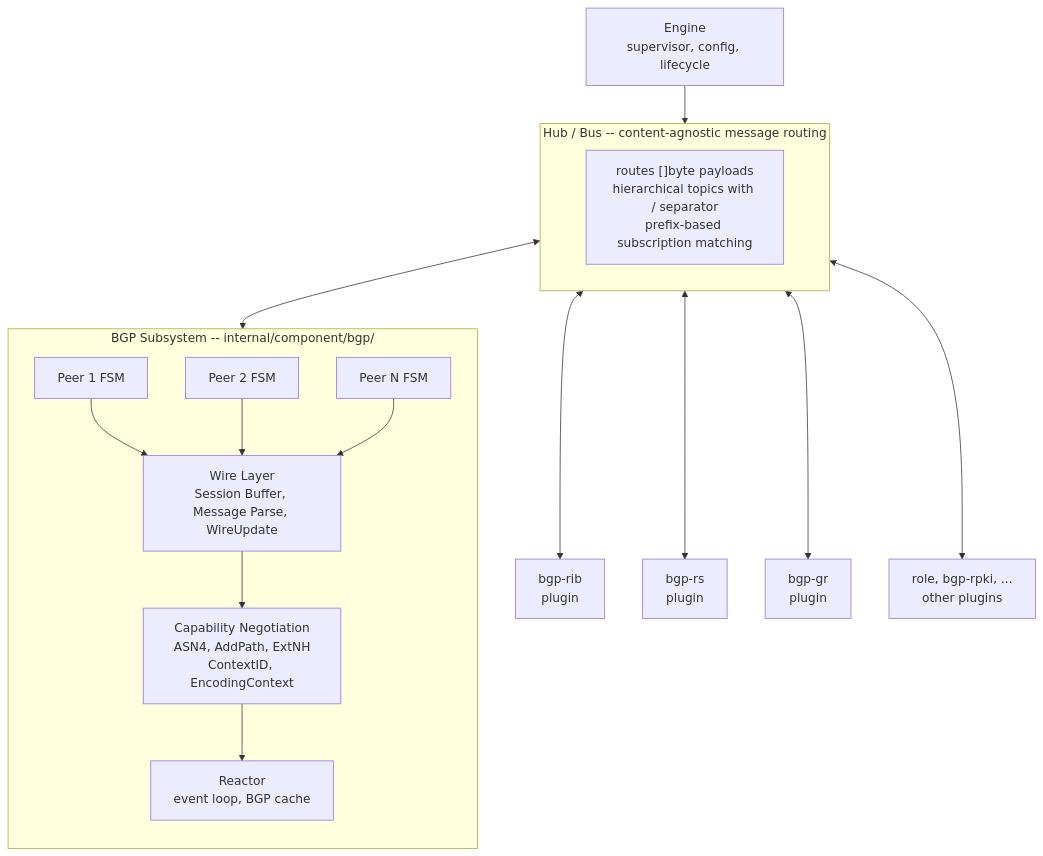
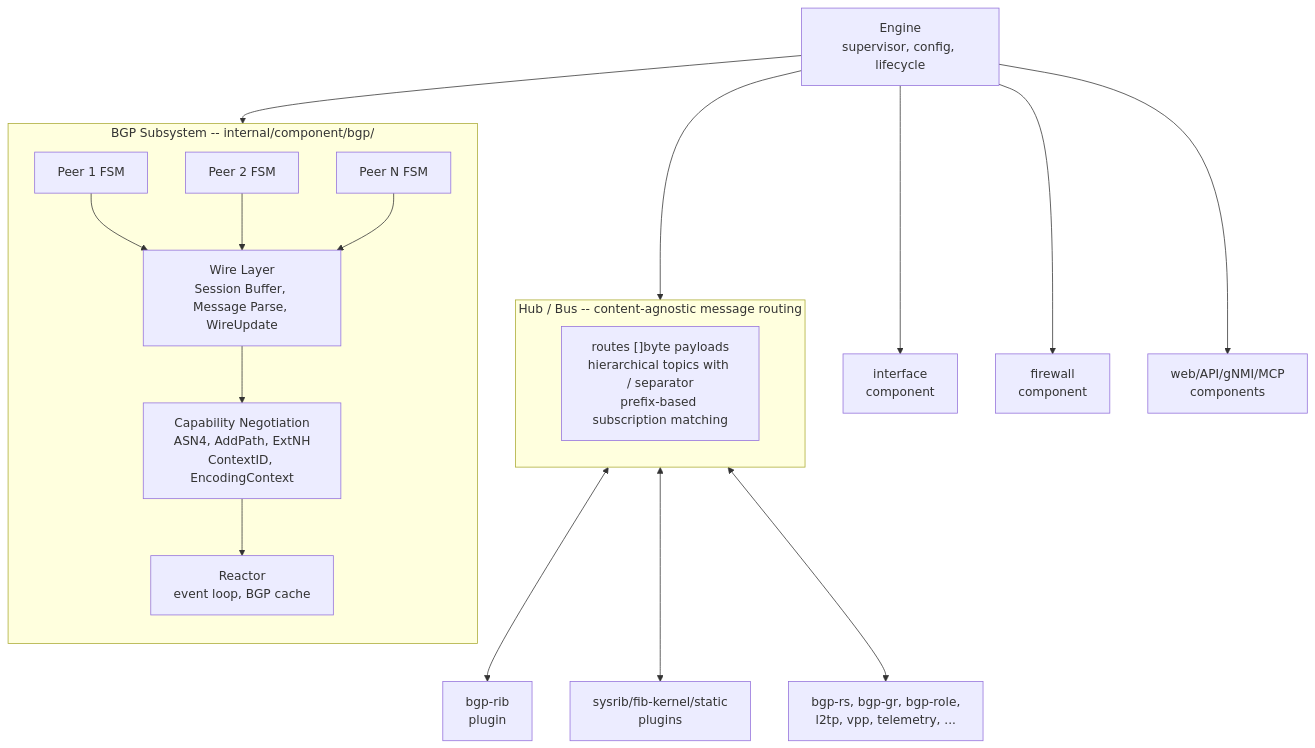
Before and after one commit to ze-software/ze: the first of 3 diagrams in docs/DESIGN.md, drawn with Mermaid. The commit also changed other lines of this file and 33 other files, not shown here.

````diff
--- a/docs/DESIGN.md
+++ b/docs/DESIGN.md
@@ -107,25 +111,27 @@
 ```mermaid
 graph TD
     Engine["Engine<br/>supervisor, config, lifecycle"]
     subgraph HubSG["Hub / Bus -- content-agnostic message routing"]
         direction LR
         HUB["routes []byte payloads<br/>hierarchical topics with / separator<br/>prefix-based subscription matching"]
     end
 
     Engine --> HubSG
-    HubSG <--> BGP
+    Engine --> BGP
+    Engine --> IFACE["interface<br/>component"]
+    Engine --> FW["firewall<br/>component"]
+    Engine --> API["web/API/gNMI/MCP<br/>components"]
     HubSG <--> RIB["bgp-rib<br/>plugin"]
-    HubSG <--> RS["bgp-rs<br/>plugin"]
-    HubSG <--> GR["bgp-gr<br/>plugin"]
-    HubSG <--> MORE["role, bgp-rpki, ...<br/>other plugins"]
+    HubSG <--> FIB["sysrib/fib-kernel/static<br/>plugins"]
+    HubSG <--> MORE["bgp-rs, bgp-gr, bgp-role,<br/>l2tp, vpp, telemetry, ..."]
 
     subgraph BGP["BGP Subsystem -- internal/component/bgp/"]
         direction TB
         P1["Peer 1 FSM"] --> WL
         P2["Peer 2 FSM"] --> WL
         PN["Peer N FSM"] --> WL
         WL["Wire Layer<br/>Session Buffer, Message Parse, WireUpdate"]
         WL --> CAP["Capability Negotiation<br/>ASN4, AddPath, ExtNH<br/>ContextID, EncodingContext"]
         CAP --> Reactor["Reactor<br/>event loop, BGP cache"]
     end
 ```
````
